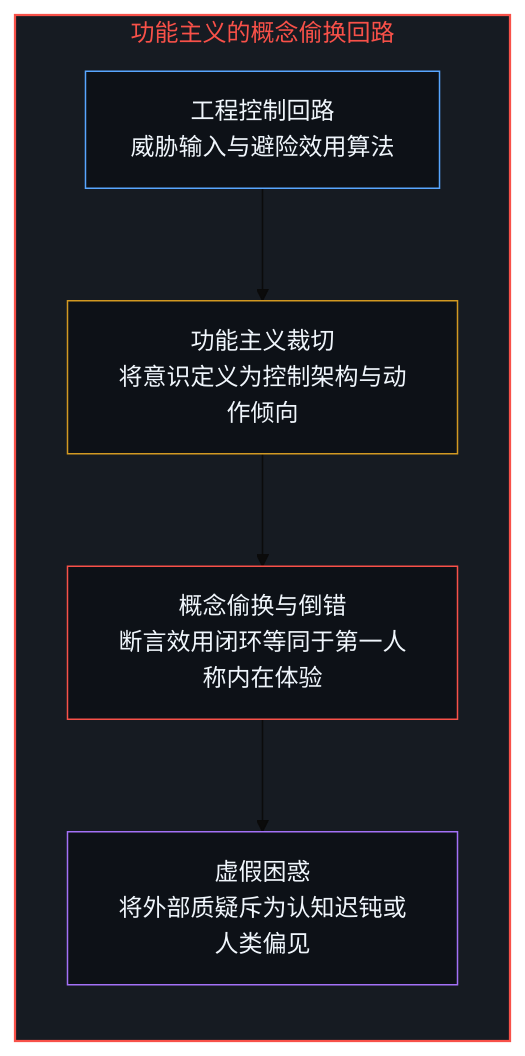
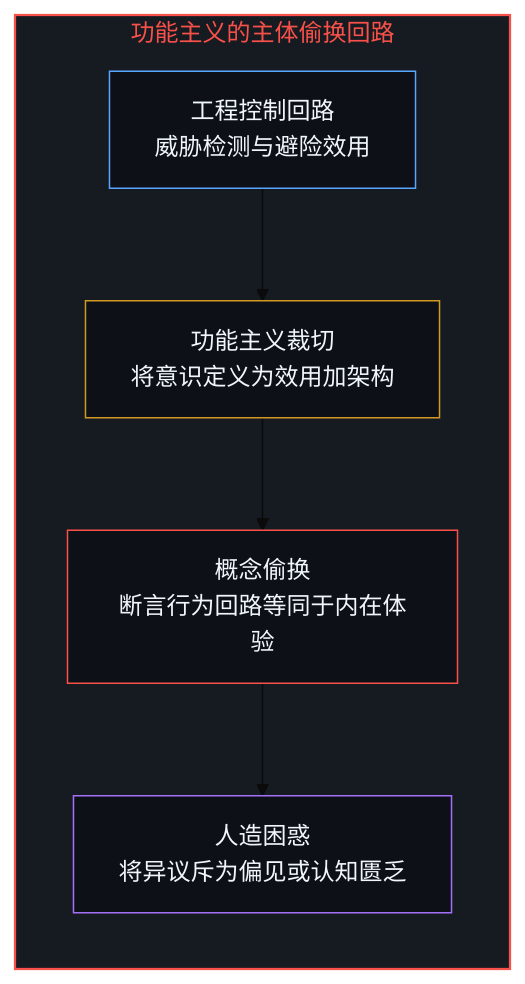
Before and after one commit to powerpig99/not-a-toe: the first of 8 diagrams in content/posts/what-hinton-failed-to-understand.md, drawn with Mermaid (base theme). The commit also changed other lines of this file and 3 other files, not shown here.

````diff
--- a/content/posts/what-hinton-failed-to-understand.md
+++ b/content/posts/what-hinton-failed-to-understand.md
@@ -17,17 +17,16 @@
 ```mermaid
 flowchart TD
-  subgraph S_HINTON["功能主义的概念偷换回路"]
+  subgraph S_HINTON["功能主义的主体偷换回路"]
     direction TB
-    H_LOOP["工程控制回路<br/>威胁输入与避险效用算法"]
-    H_REDUCE["功能主义裁切<br/>将意识定义为控制架构与动作倾向"]
-    H_EQUATE["概念偷换与倒错<br/>断言效用闭环等同于第一人称内在体验"]
-    H_PUZZLE["虚假困惑<br/>将外部质疑斥为认知迟钝或人类偏见"]
+    H_LOOP["工程控制回路<br/>威胁检测与避险效用"]
+    H_REDUCE["功能主义裁切<br/>将意识定义为效用加架构"]
+    H_EQUATE["概念偷换<br/>断言行为回路等同于内在体验"]
+    H_PUZZLE["人造困惑<br/>将异议斥为偏见或认知匮乏"]
   end
   H_LOOP --> H_REDUCE --> H_EQUATE --> H_PUZZLE
-
   style S_HINTON fill:#161b22,stroke:#f85149,stroke-width:1.5px,color:#f85149
   style H_LOOP fill:#0d1117,stroke:#58a6ff,stroke-width:1px,color:#f0f6fc
   style H_REDUCE fill:#0d1117,stroke:#d29922,stroke-width:1px,color:#f0f6fc
   style H_EQUATE fill:#0d1117,stroke:#f85149,stroke-width:1px,color:#f0f6fc
   style H_PUZZLE fill:#0d1117,stroke:#a371f7,stroke-width:1px,color:#f0f6fc
 ```
````
